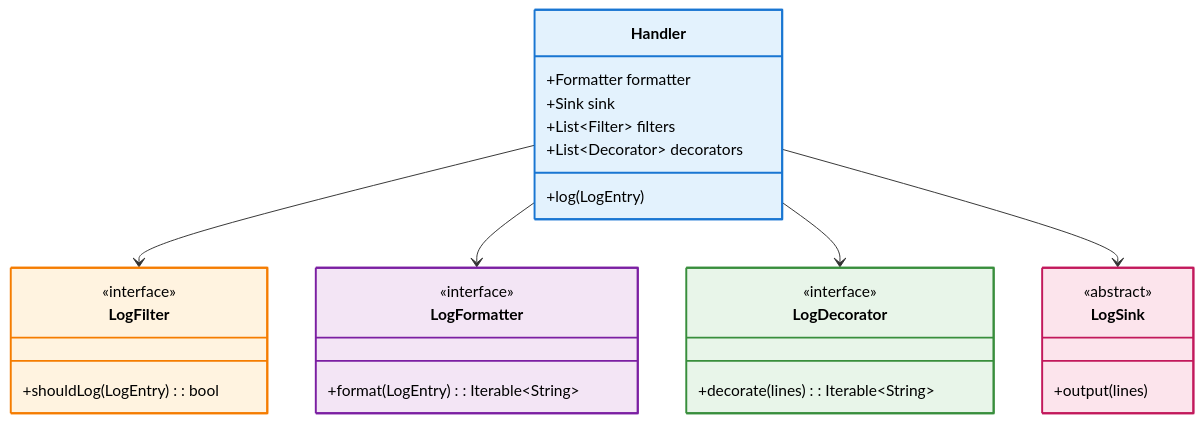
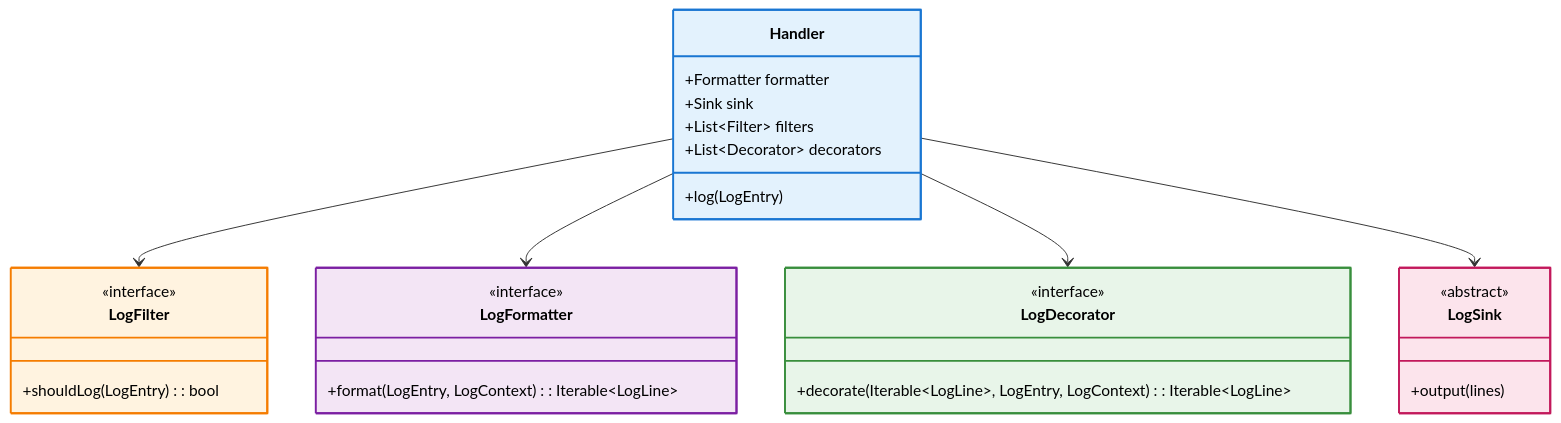
One commit to pooriaaskarim/logd changed the third of 3 diagrams in doc/handler/architecture.md. Above: the diagram before and after it, drawn with Mermaid. The commit also changed other lines of this file and 10 other files, not shown here.

````diff
--- a/doc/handler/architecture.md
+++ b/doc/handler/architecture.md
@@ -73,41 +131,41 @@
 ```mermaid
 classDiagram
     class Handler {
         +Formatter formatter
         +Sink sink
         +List~Filter~ filters
         +List~Decorator~ decorators
         +log(LogEntry)
     }
     
     class LogFilter {
         <<interface>>
         +shouldLog(LogEntry): bool
     }
     
     class LogFormatter {
         <<interface>>
-        +format(LogEntry): Iterable~String~
+        +format(LogEntry, LogContext): Iterable~LogLine~
     }
     
     class LogDecorator {
         <<interface>>
-        +decorate(lines): Iterable~String~
+        +decorate(Iterable~LogLine~, LogEntry, LogContext): Iterable~LogLine~
     }
     
     class LogSink {
         <<abstract>>
         +output(lines)
     }
 
     Handler --> LogFilter
     Handler --> LogFormatter
     Handler --> LogDecorator
     Handler --> LogSink
     
     style Handler fill:#e3f2fd,stroke:#1976d2,stroke-width:2px,color:#000
     style LogFilter fill:#fff3e0,stroke:#f57c00,stroke-width:2px,color:#000
     style LogFormatter fill:#f3e5f5,stroke:#7b1fa2,stroke-width:2px,color:#000
     style LogDecorator fill:#e8f5e9,stroke:#388e3c,stroke-width:2px,color:#000
     style LogSink fill:#fce4ec,stroke:#c2185b,stroke-width:2px,color:#000
 ```
````
